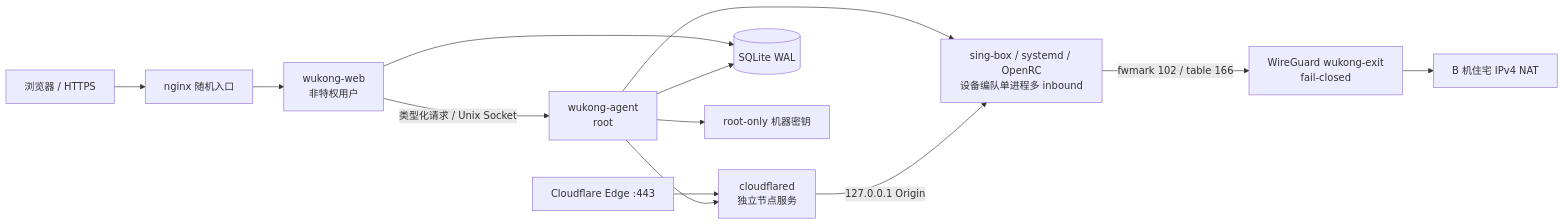
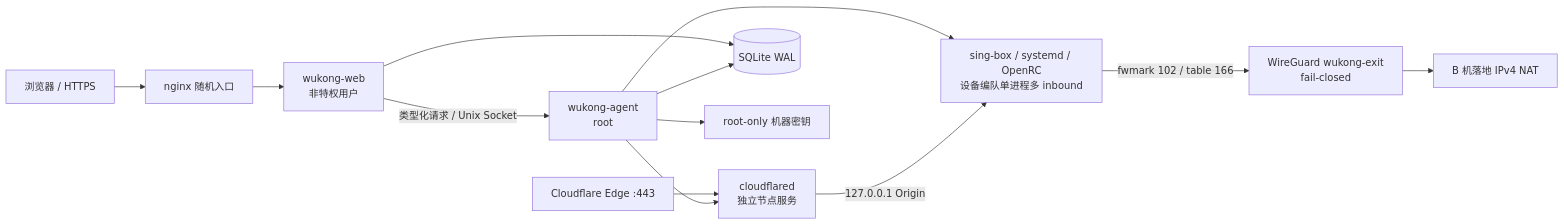
The diagram in README.md (252201/wukong-panel), drawn with Mermaid before and after one commit. The commit also changed other lines of this file and 19 other files, not shown here.

````diff
--- a/README.md
+++ b/README.md
@@ -167,15 +167,15 @@
 ```mermaid
 flowchart LR
   B["浏览器 / HTTPS"] --> N["nginx 随机入口"]
   N --> W["wukong-web\n非特权用户"]
   W -->|"类型化请求 / Unix Socket"| A["wukong-agent\nroot"]
   A --> S["sing-box / systemd / OpenRC\n设备编队单进程多 inbound"]
   S -->|"fwmark 102 / table 166"| G["WireGuard wukong-exit\nfail-closed"]
-  G --> R["B 机住宅 IPv4 NAT"]
+  G --> R["B 机落地 IPv4 NAT"]
   C["Cloudflare Edge :443"] --> F["cloudflared\n独立节点服务"]
   F -->|"127.0.0.1 Origin"| S
   A --> F
   W --> D[("SQLite WAL")]
   A --> D
   A --> K["root-only 机器密钥"]
 ```
````
